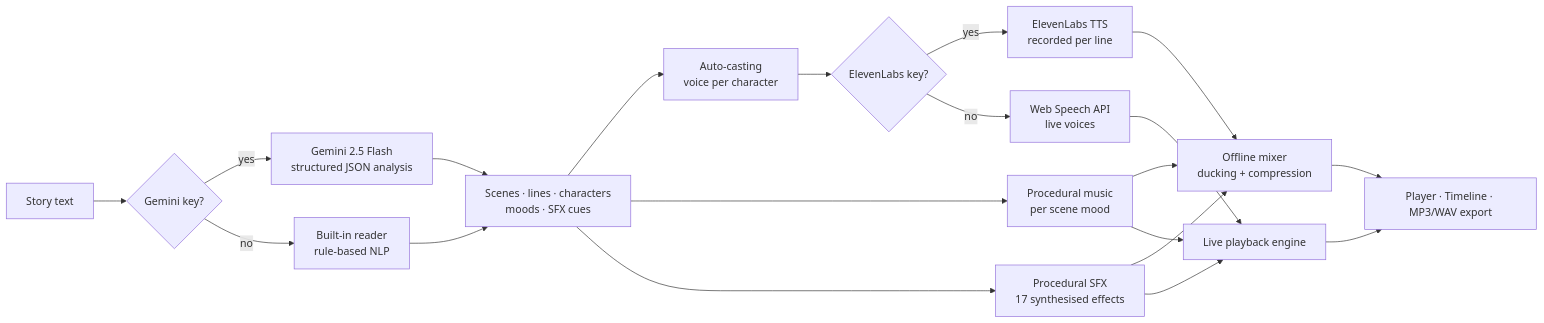
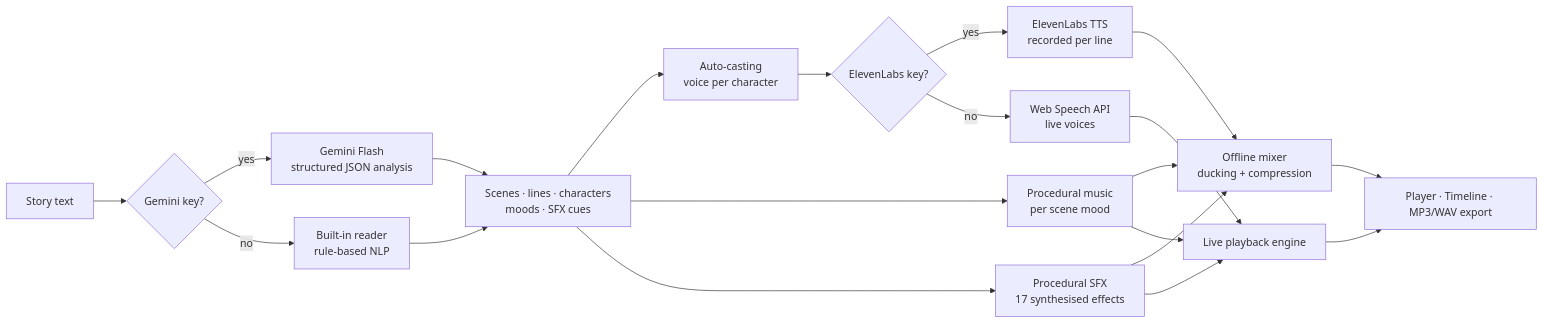
Before and after one commit to himanxhuwq/VoiceVerse: the diagram in README.md, drawn with Mermaid. The commit also changed other lines of this file and 2 other files, not shown here.

Commit message:
Fix Gemini errors when a model is retired
gemini-2.5-flash now returns 404 'no longer available'. The app defaults to
Google's gemini-flash-latest alias, and if a model stops working it lists
the models the key can use, switches to the newest stable Flash model,
remembers it and retries.

````diff
--- a/README.md
+++ b/README.md
@@ -64,22 +64,22 @@
 ```mermaid
 flowchart LR
   A[Story text] --> B{Gemini key?}
-  B -- yes --> C[Gemini 2.5 Flash<br/>structured JSON analysis]
+  B -- yes --> C[Gemini Flash<br/>structured JSON analysis]
   B -- no --> D[Built-in reader<br/>rule-based NLP]
   C --> E[Scenes · lines · characters<br/>moods · SFX cues]
   D --> E
   E --> F[Auto-casting<br/>voice per character]
   F --> G{ElevenLabs key?}
   G -- yes --> H[ElevenLabs TTS<br/>recorded per line]
   G -- no --> I[Web Speech API<br/>live voices]
   E --> J[Procedural music<br/>per scene mood]
   E --> K[Procedural SFX<br/>17 synthesised effects]
   H --> L[Offline mixer<br/>ducking + compression]
   J --> L
   K --> L
   I --> M[Live playback engine]
   J --> M
   K --> M
   L --> N[Player · Timeline · MP3/WAV export]
   M --> N
 ```
````
